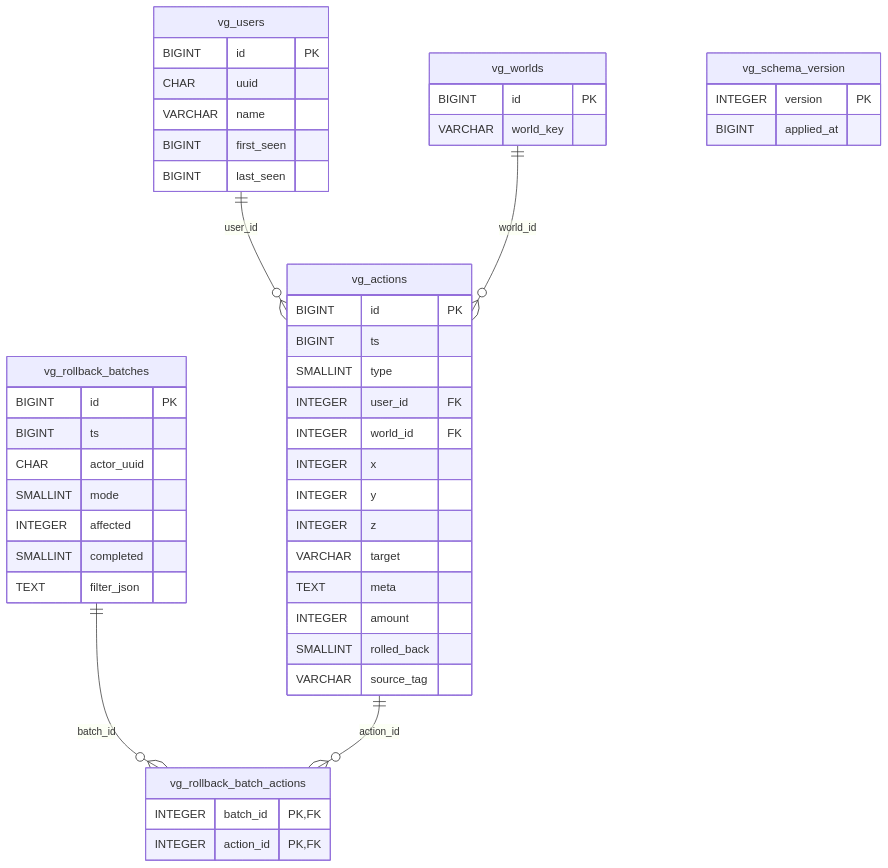
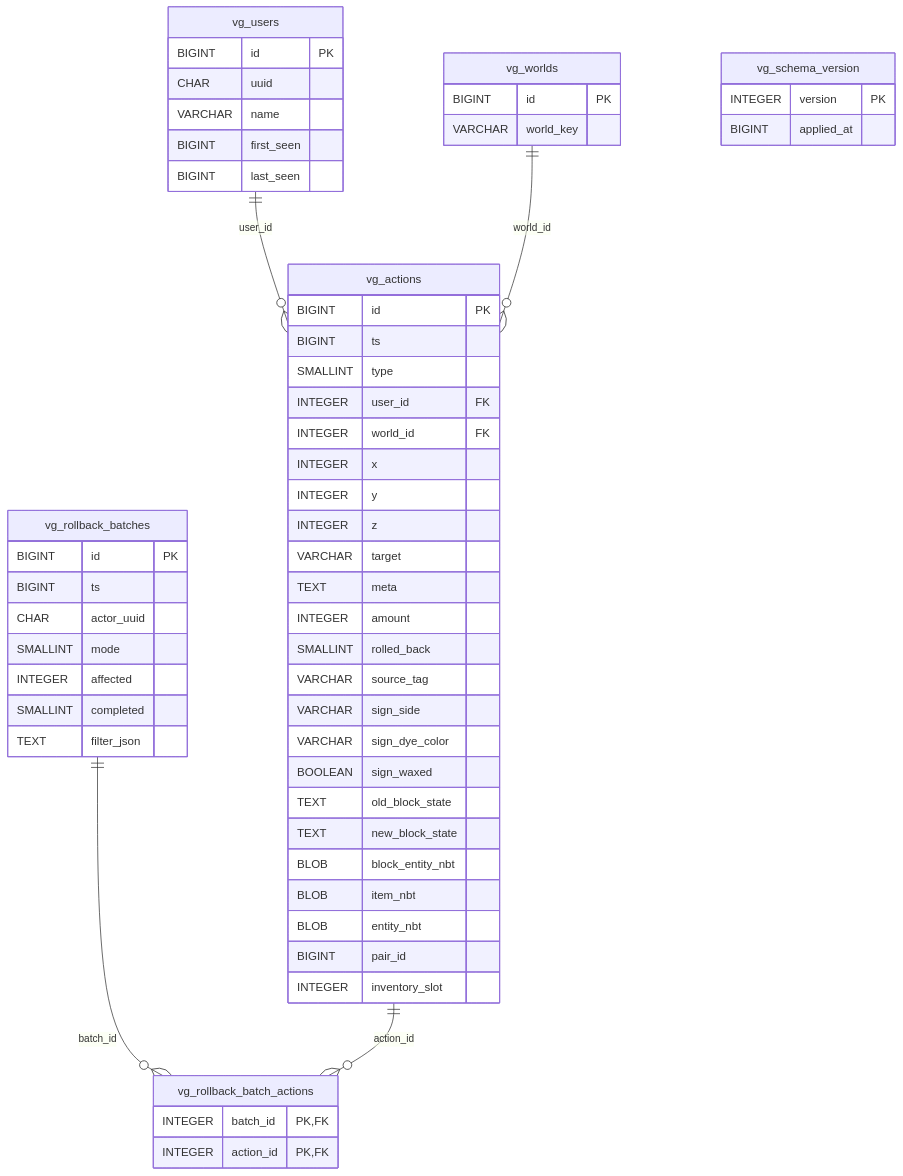
The diagram in docs/DATABASE.md (Vonix-Network/VonixGuardian), drawn with Mermaid before and after one commit. The commit also changed other lines of this file and 139 other files, not shown here.

````diff
--- a/docs/DATABASE.md
+++ b/docs/DATABASE.md
@@ -142,50 +179,60 @@
 ```mermaid
 erDiagram
     vg_users {
         BIGINT id PK
         CHAR uuid
         VARCHAR name
         BIGINT first_seen
         BIGINT last_seen
     }
     vg_worlds {
         BIGINT id PK
         VARCHAR world_key
     }
     vg_actions {
         BIGINT id PK
         BIGINT ts
         SMALLINT type
         INTEGER user_id FK
         INTEGER world_id FK
         INTEGER x
         INTEGER y
         INTEGER z
         VARCHAR target
         TEXT meta
         INTEGER amount
         SMALLINT rolled_back
         VARCHAR source_tag
+        VARCHAR sign_side
+        VARCHAR sign_dye_color
+        BOOLEAN sign_waxed
+        TEXT old_block_state
+        TEXT new_block_state
+        BLOB block_entity_nbt
+        BLOB item_nbt
+        BLOB entity_nbt
+        BIGINT pair_id
+        INTEGER inventory_slot
     }
     vg_rollback_batches {
         BIGINT id PK
         BIGINT ts
         CHAR actor_uuid
         SMALLINT mode
         INTEGER affected
         SMALLINT completed
         TEXT filter_json
     }
     vg_rollback_batch_actions {
         INTEGER batch_id PK,FK
         INTEGER action_id PK,FK
     }
     vg_schema_version {
         INTEGER version PK
         BIGINT applied_at
     }
     vg_users ||--o{ vg_actions : "user_id"
     vg_worlds ||--o{ vg_actions : "world_id"
     vg_rollback_batches ||--o{ vg_rollback_batch_actions : "batch_id"
     vg_actions ||--o{ vg_rollback_batch_actions : "action_id"
 ```
````
